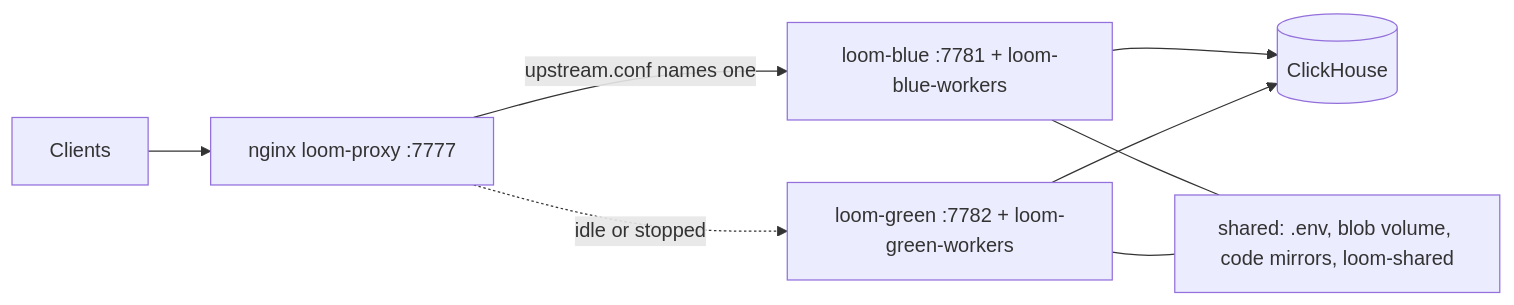
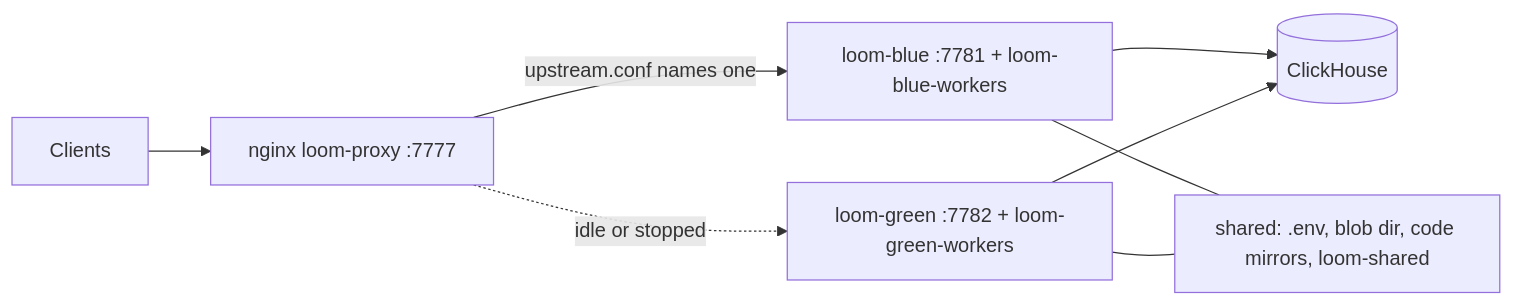
One commit to ClickHouse/loom changed the second of 2 diagrams in docs/operations/deployment.md. Above: the diagram before and after it, drawn with Mermaid. The commit also changed other lines of this file and 694 other files, not shown here.

````diff
--- a/docs/operations/deployment.md
+++ b/docs/operations/deployment.md
@@ -664,10 +783,10 @@
 ```mermaid
 flowchart LR
   C[Clients] --> P["nginx loom-proxy :7777"]
   P -->|"upstream.conf names one"| B["loom-blue :7781 + loom-blue-workers"]
   P -.->|idle or stopped| G["loom-green :7782 + loom-green-workers"]
   B --> CH[(ClickHouse)]
   G --> CH
-  B --- V["shared: .env, blob volume, code mirrors, loom-shared"]
+  B --- V["shared: .env, blob dir, code mirrors, loom-shared"]
   G --- V
 ```
````
